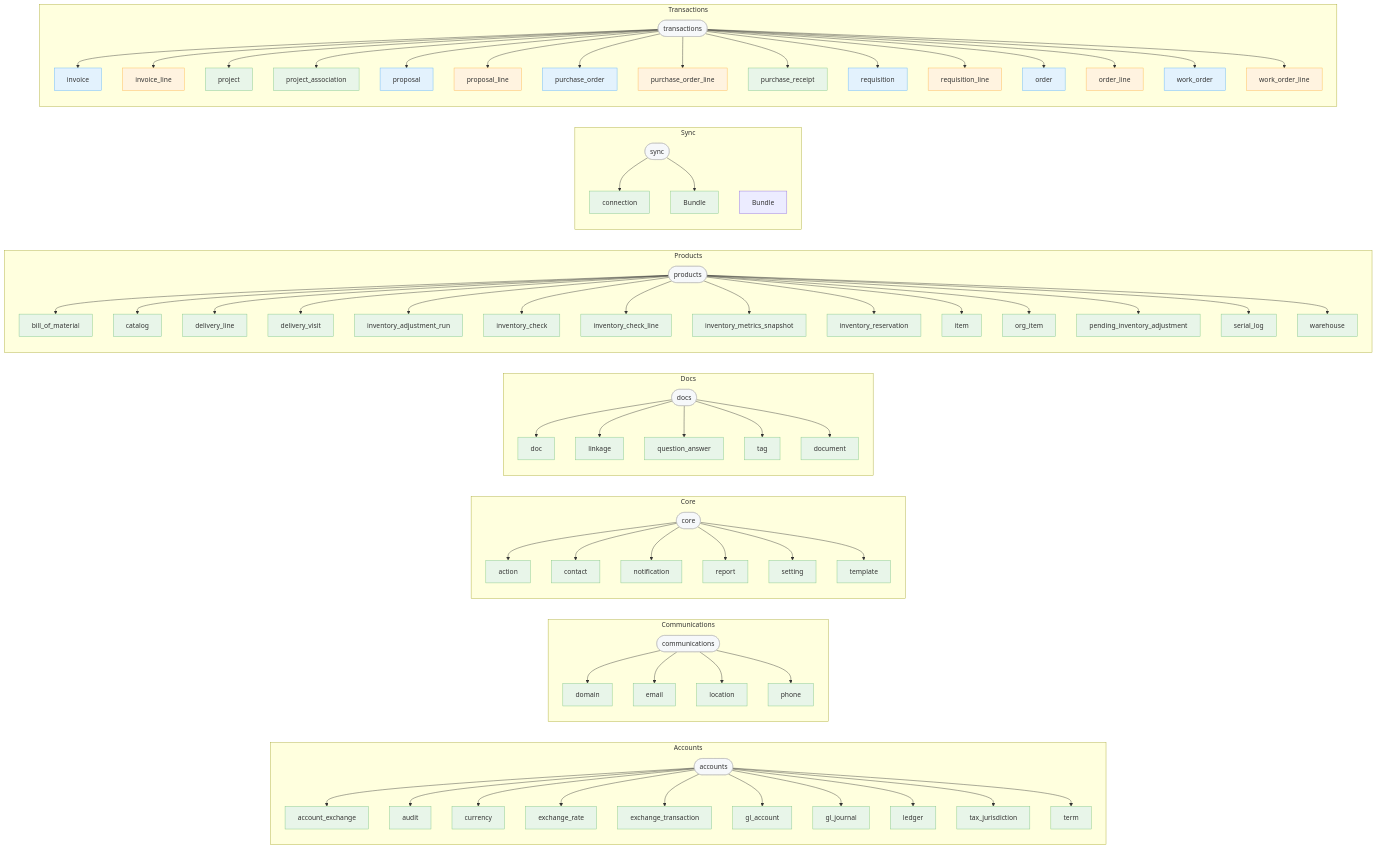
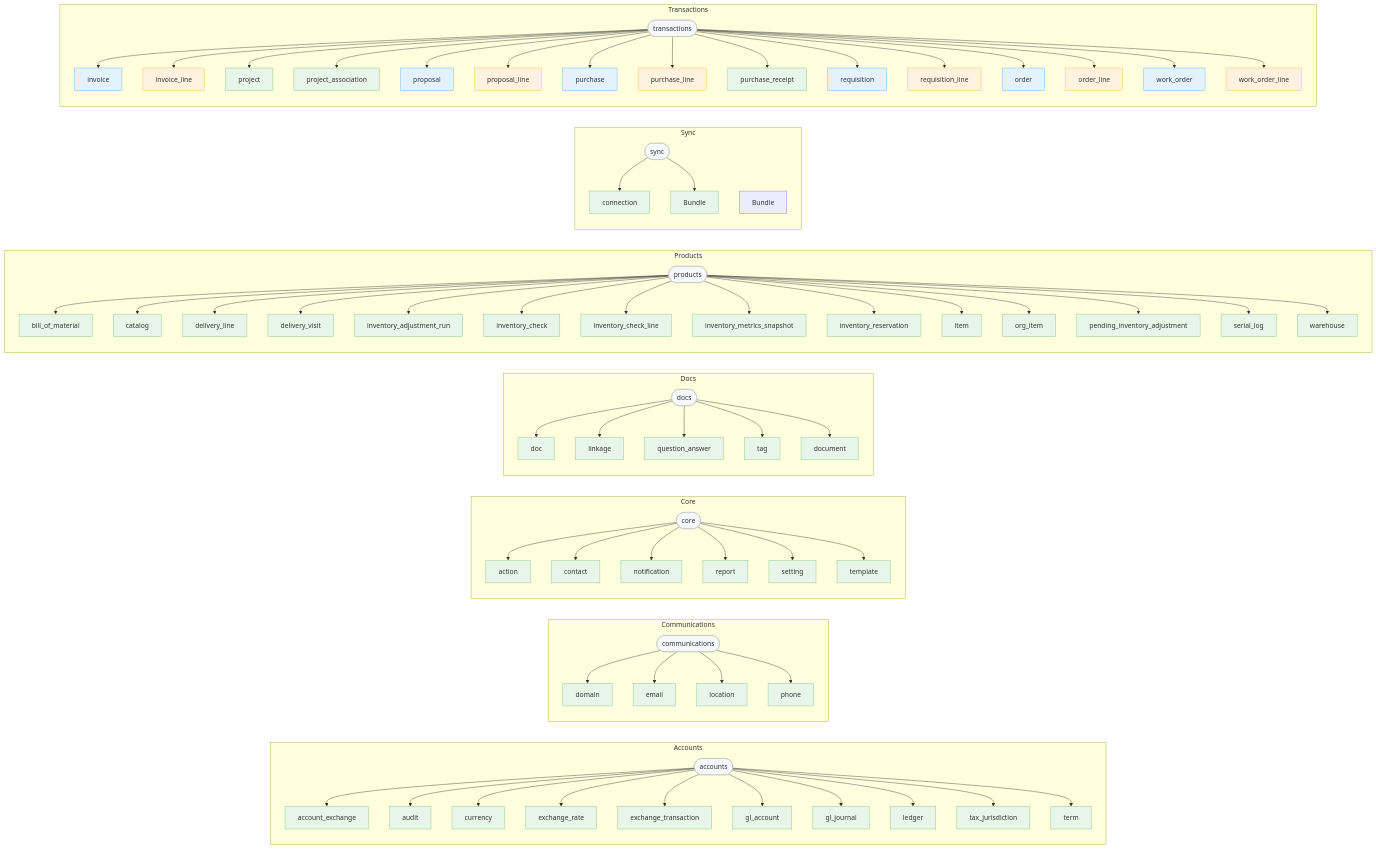
One commit to JPods/WebClerk changed the diagram in readmes/05-model-registry.md. Above: the diagram before and after it, drawn with Mermaid. The commit also changed other lines of this file and 70 other files, not shown here.

Commit message:
clean up purchase_order

```diff
--- a/readmes/05-model-registry.md
+++ b/readmes/05-model-registry.md
@@ -340,12 +340,12 @@
     proposal_line["proposal_line"]
     app_transactions --> proposal_line
     class proposal_line line
-    purchase_order["purchase_order"]
-    app_transactions --> purchase_order
-    class purchase_order header
-    purchase_order_line["purchase_order_line"]
-    app_transactions --> purchase_order_line
-    class purchase_order_line line
+    purchase["purchase"]
+    app_transactions --> purchase
+    class purchase header
+    purchase_line["purchase_line"]
+    app_transactions --> purchase_line
+    class purchase_line line
     purchase_receipt["purchase_receipt"]
     app_transactions --> purchase_receipt
     class purchase_receipt support
```
